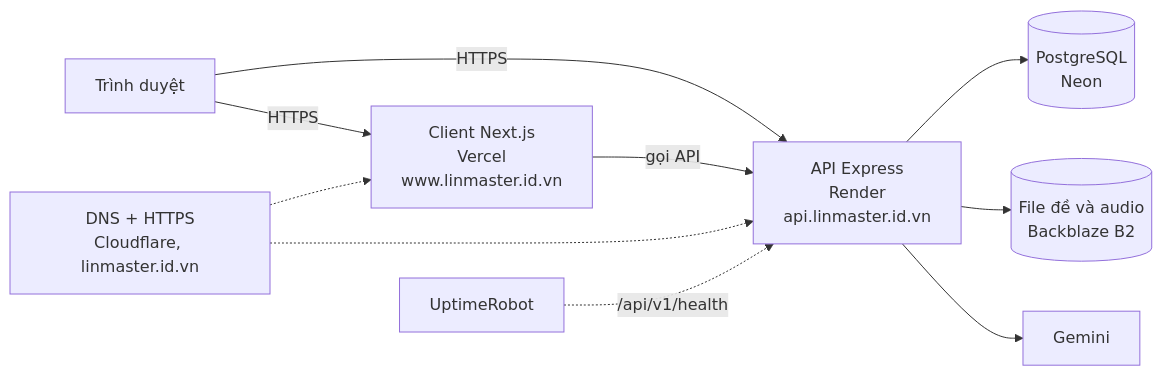
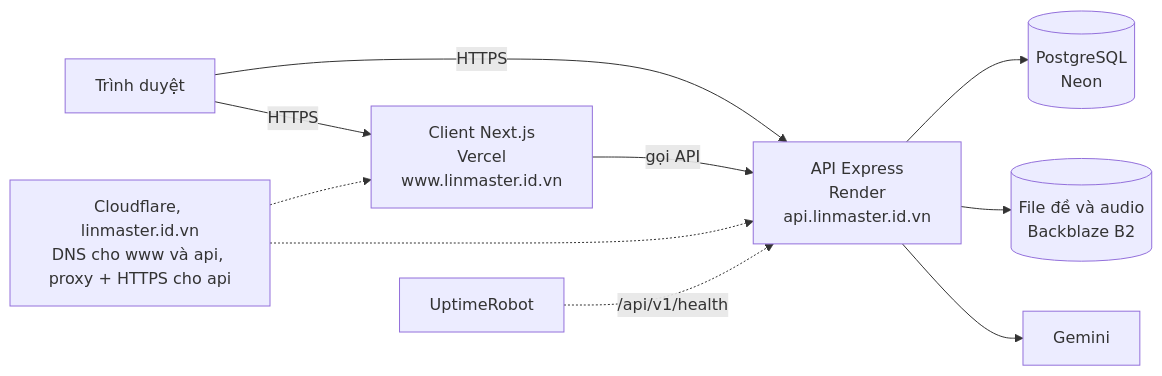
One commit to Ac-2836/WebDev-FinalProject-LinMaster changed the diagram in README.md. Above: the diagram before and after it, drawn with Mermaid. The commit also changed other lines of this file and 79 other files, not shown here.

First line of the commit message:
docs: sync the diagrams and documents with the v1.0 product (#236)

````diff
--- a/README.md
+++ b/README.md
@@ -40,12 +40,12 @@
 ```mermaid
 flowchart LR
   user[Trình duyệt] -->|HTTPS| web["Client Next.js<br/>Vercel<br/>www.linmaster.id.vn"]
   user -->|HTTPS| api["API Express<br/>Render<br/>api.linmaster.id.vn"]
   web -->|gọi API| api
   api --> db[("PostgreSQL<br/>Neon")]
   api --> files[("File đề và audio<br/>Backblaze B2")]
   api --> ai[Gemini]
-  dns["DNS + HTTPS<br/>Cloudflare, linmaster.id.vn"] -.-> web
+  dns["Cloudflare, linmaster.id.vn<br/>DNS cho www và api, proxy + HTTPS cho api"] -.-> web
   dns -.-> api
   monitor[UptimeRobot] -.->|/api/v1/health| api
 ```
````
